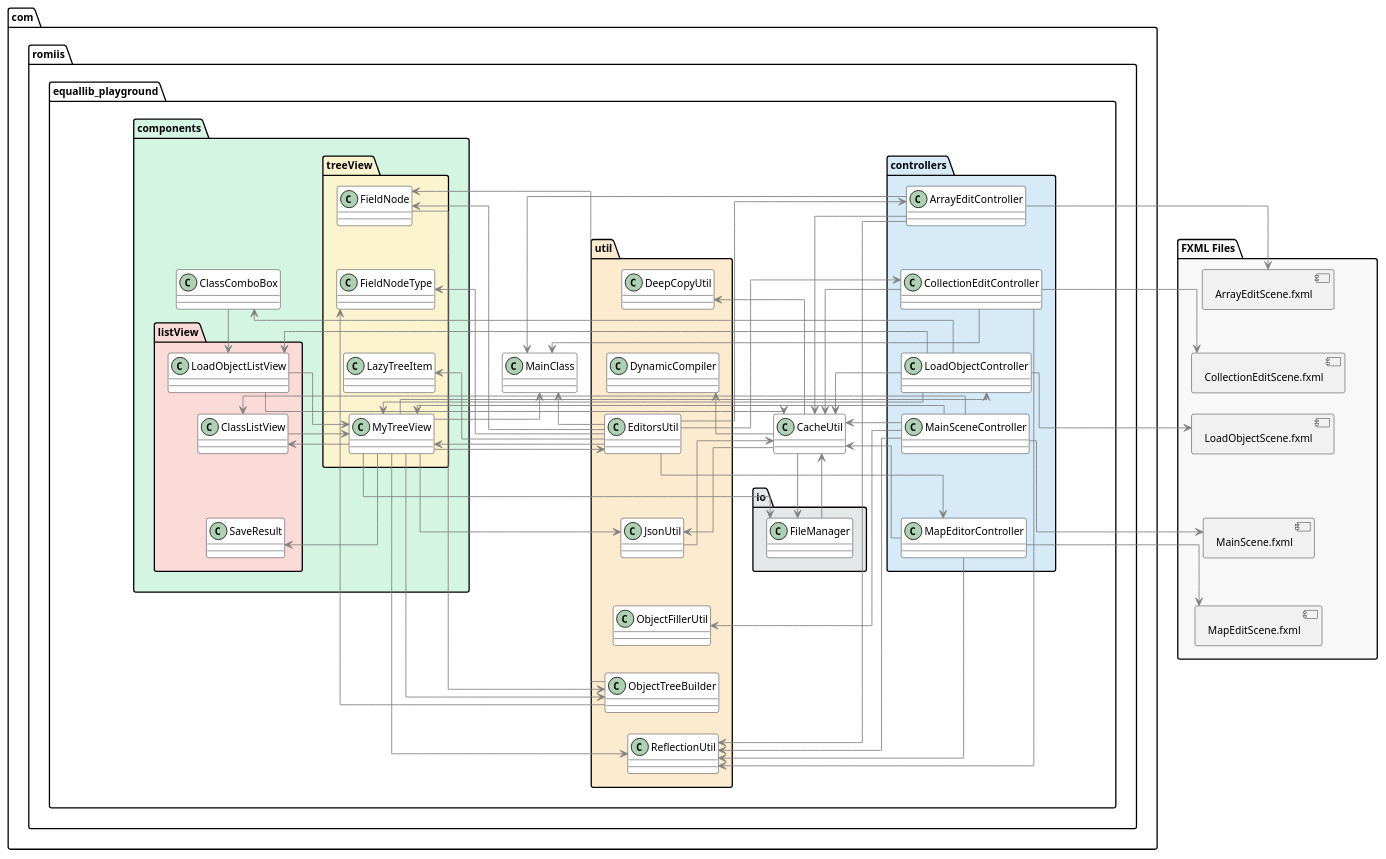
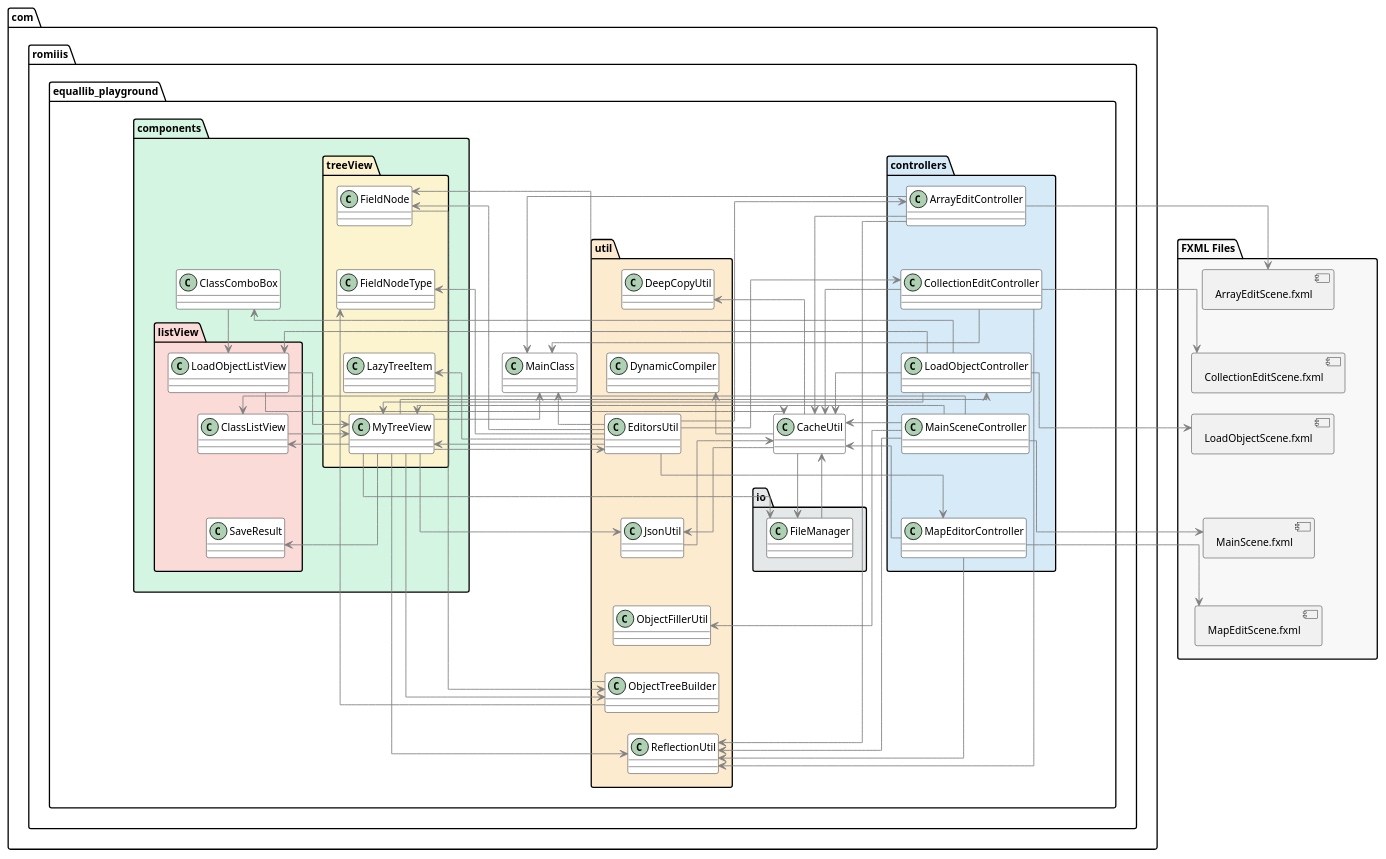
The diagram in src/main/resources/diagram.puml (Romiiis/EqualLib-Playground), drawn with PlantUML before and after one commit. The commit also changed 75 other files, not shown here.

```diff
--- a/src/main/resources/diagram.puml
+++ b/src/main/resources/diagram.puml
@@ -1,182 +1,182 @@
 @startuml
 skinparam linetype ortho
 skinparam classBackgroundColor #ffffff
 skinparam ArrowColor Gray
 skinparam DefaultFontName "Arial"
 skinparam Shadowing false
 
 skinparam nodesep 20
 skinparam ranksep 25
 skinparam packagePadding 20
 skinparam classAttributeIconSize 0
 skinparam shadowing false
 skinparam DefaultFontSize 12
 
 
 allowmixing
 
 
 
 ' --- CONTROLLERS ---
-package com.romiis.equallib_playground.controllers #D6EAF8  {
+package com.romiiis.equallib_playground.controllers #D6EAF8  {
     class ArrayEditController
     class CollectionEditController
     class LoadObjectController
 
     class MainSceneController
     class MapEditorController
 
     ArrayEditController -[hidden]-> CollectionEditController
     CollectionEditController -[hidden]-> LoadObjectController
     LoadObjectController -[hidden]-> MainSceneController
     MainSceneController -[hidden]-> MapEditorController
 }
 
 ' --- IO ---
-package com.romiis.equallib_playground.io #E5E8E8 {
+package com.romiiis.equallib_playground.io #E5E8E8 {
     class FileManager
 }
 
 ' --- UTIL (v centru) ---
-package com.romiis.equallib_playground.util #FDEBD0 {
+package com.romiiis.equallib_playground.util #FDEBD0 {
     class DeepCopyUtil
     class DynamicCompiler
     class EditorsUtil
     class JsonUtil
     class ObjectFillerUtil
     class ObjectTreeBuilder
     class ReflectionUtil
 
     DeepCopyUtil -[hidden]-> DynamicCompiler
     DynamicCompiler -[hidden]-> EditorsUtil
     EditorsUtil -[hidden]-> JsonUtil
     JsonUtil -[hidden]-> ObjectFillerUtil
     ObjectFillerUtil -[hidden]-> ObjectTreeBuilder
     ObjectTreeBuilder -[hidden]-> ReflectionUtil
 }
 
 ' --- COMPONENTS ---
-package com.romiis.equallib_playground.components #D5F5E3{
+package com.romiiis.equallib_playground.components #D5F5E3{
     class ClassComboBox
 
     package listView #FADBD8 {
         class LoadObjectListView
         class ClassListView
         class SaveResult
 
         LoadObjectListView -[hidden]-> ClassListView
         ClassListView -[hidden]-> SaveResult
     }
 
     package treeView #FCF3CF {
         class FieldNodeType
         class LazyTreeItem
         class MyTreeView
         class FieldNode
 
 
         FieldNode -[hidden]-> FieldNodeType
         FieldNodeType -[hidden]-> LazyTreeItem
         LazyTreeItem -[hidden]-> MyTreeView
     }
 
     ClassComboBox -[hidden]-> listView.LoadObjectListView
 }
 
 ' --- ROOT CLASSES ---
-package com.romiis.equallib_playground {
+package com.romiiis.equallib_playground {
     class MainClass
     class CacheUtil
 }
 
 MainClass -[hidden]-> CacheUtil
 
 
 ' --- DEPENDENCIES ---
 
 CacheUtil-->FileManager
 CacheUtil-->DeepCopyUtil
 CacheUtil-->DynamicCompiler
 CacheUtil-->JsonUtil
 
 ObjectTreeBuilder-->FieldNode
 ObjectTreeBuilder-->FieldNodeType
 
 JsonUtil-->CacheUtil
 
 EditorsUtil-up->MainClass
 EditorsUtil-up->FieldNode
 EditorsUtil-up->FieldNodeType
 EditorsUtil-up->LazyTreeItem
 EditorsUtil-up->MyTreeView
 EditorsUtil-up->ArrayEditController
 EditorsUtil-up->CollectionEditController
 EditorsUtil-down->MapEditorController
 
 FileManager-up->CacheUtil
 
 MapEditorController-->CacheUtil
 MapEditorController-->ReflectionUtil
 
 MainSceneController-->CacheUtil
 MainSceneController-->ClassListView
 MainSceneController-->MyTreeView
 MainSceneController-->ObjectFillerUtil
 MainSceneController-->ReflectionUtil
 
 LoadObjectController-up->CacheUtil
 LoadObjectController-up->MyTreeView
 LoadObjectController-up->ClassComboBox
 LoadObjectController-up->LoadObjectListView
 
 CollectionEditController-->CacheUtil
 CollectionEditController-->MainClass
 CollectionEditController-->ReflectionUtil
 
 ArrayEditController-->CacheUtil
 ArrayEditController-->MainClass
 ArrayEditController-->ReflectionUtil
 
 ClassComboBox-->LoadObjectListView
 
 MyTreeView-->MainClass
 MyTreeView-->ClassListView
 MyTreeView-->SaveResult
 MyTreeView-up->LoadObjectController
 MyTreeView-->FileManager
 MyTreeView-->EditorsUtil
 MyTreeView-->JsonUtil
 MyTreeView-->ObjectTreeBuilder
 MyTreeView-->ReflectionUtil
 
 FieldNode-->ObjectTreeBuilder
 
 LoadObjectListView-->CacheUtil
 LoadObjectListView-->MyTreeView
 
 ClassListView-->MyTreeView
 
 ' --- FXML FILES AS COMPONENTS (plain rectangles) ---
 package "FXML Files" #F8F8F8 {
   component "ArrayEditScene.fxml"      as FXML_ArrayEdit
   component "CollectionEditScene.fxml" as FXML_CollectionEdit
   component "LoadObjectScene.fxml"     as FXML_LoadObject
   component "MainScene.fxml"           as FXML_Main
   component "MapEditScene.fxml"        as FXML_MapEdit
 
     FXML_ArrayEdit -[hidden]-> FXML_CollectionEdit
     FXML_CollectionEdit -[hidden]-> FXML_LoadObject
     FXML_LoadObject -[hidden]-> FXML_Main
     FXML_Main -[hidden]-> FXML_MapEdit
     FXML_ArrayEdit -[hidden]-> FXML_MapEdit
 }
 
 ' --- PROPOJENÍ fx:controller ---
 ArrayEditController      --> FXML_ArrayEdit
 CollectionEditController --> FXML_CollectionEdit
 LoadObjectController     --> FXML_LoadObject
 MainSceneController      --> FXML_Main
 MapEditorController      --> FXML_MapEdit
 
 
 @enduml
```
